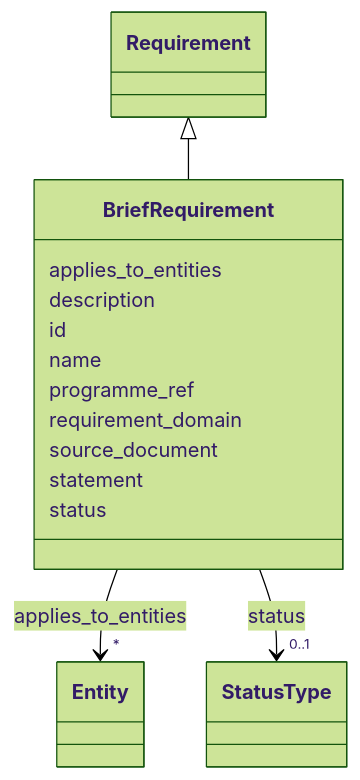
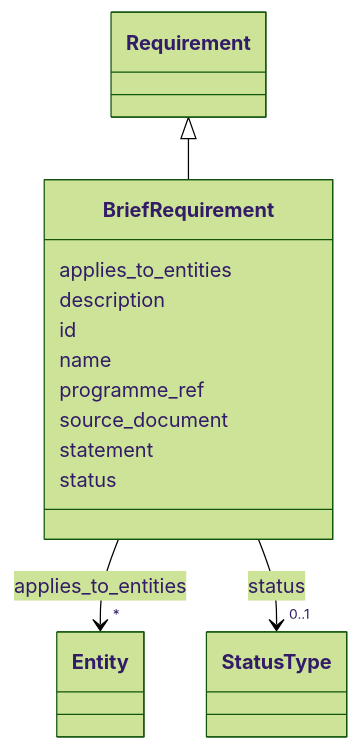
Before and after one commit to simondilhas/pragmatic-bim-data-contract: the diagram in latest/schema/BriefRequirement.md, drawn with Mermaid (forest theme). The commit also changed other lines of this file and 2590 other files, not shown here.

````diff
--- a/latest/schema/BriefRequirement.md
+++ b/latest/schema/BriefRequirement.md
@@ -23,45 +23,19 @@
 ```mermaid
  classDiagram
     class BriefRequirement
-    click BriefRequirement href "../BriefRequirement/"
+    click BriefRequirement href "./BriefRequirement.html"
       Requirement <|-- BriefRequirement
-        click Requirement href "../Requirement/"
-      
+        click Requirement href "./Requirement.html"
       BriefRequirement : applies_to_entities
-        
-          
-    
-        
-        
         BriefRequirement --> "*" Entity : applies_to_entities
-        click Entity href "../Entity/"
-    
-
-        
+        click Entity href "./Entity.html"
       BriefRequirement : description
-        
       BriefRequirement : id
-        
       BriefRequirement : name
-        
       BriefRequirement : programme_ref
-        
-      BriefRequirement : requirement_domain
-        
       BriefRequirement : source_document
-        
       BriefRequirement : statement
-        
       BriefRequirement : status
-        
-          
-    
-        
-        
         BriefRequirement --> "0..1" StatusType : status
-        click StatusType href "../StatusType/"
-    
-
-        
-      
+        click StatusType href "./StatusType.html"
 ```
````
